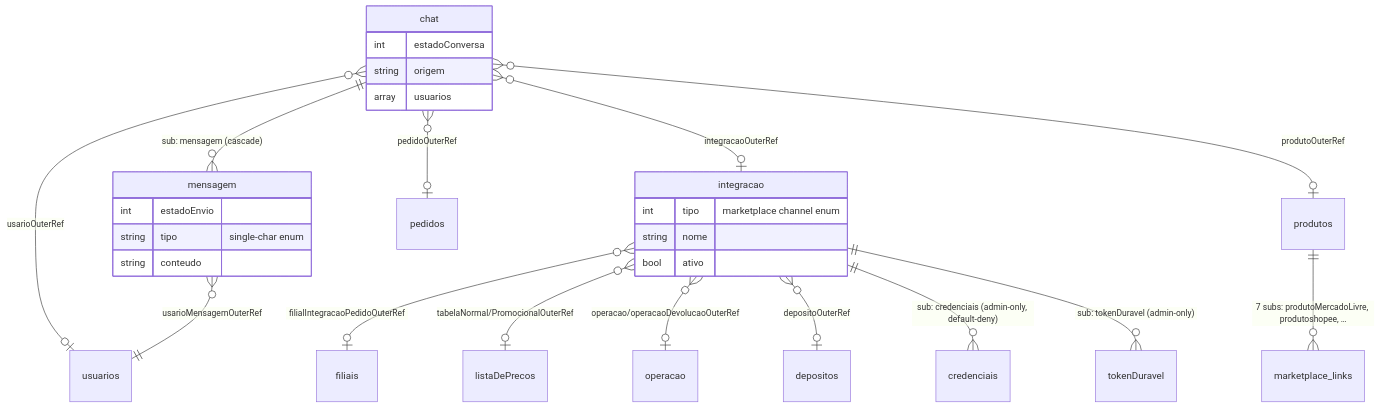
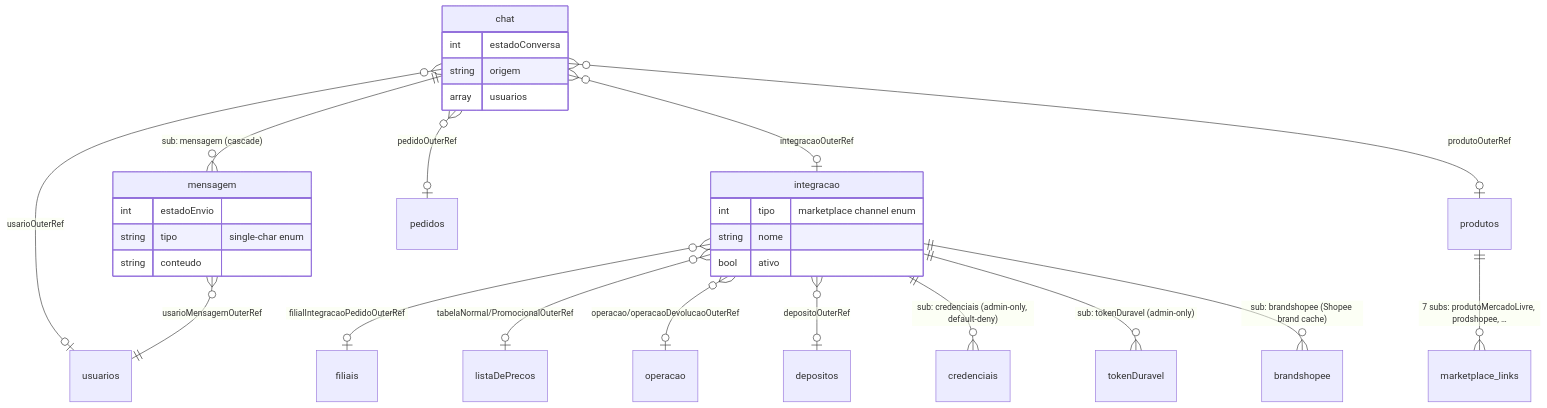
The eighth of 8 diagrams in apps/docs/src/content/docs/architecture/database-schema.md (Hinten/next_erp), drawn with Mermaid before and after one commit. The commit also changed other lines of this file and 28 other files, not shown here.

First line of the commit message:
feat(canais): per-channel account config + typed listing-binding schemas (#289)

````diff
--- a/apps/docs/src/content/docs/architecture/database-schema.md
+++ b/apps/docs/src/content/docs/architecture/database-schema.md
@@ -414,34 +416,35 @@
 ```mermaid
 erDiagram
   chat ||--o{ mensagem : "sub: mensagem (cascade)"
   chat }o--o| usuarios : "usarioOuterRef"
   chat }o--o| integracao : "integracaoOuterRef"
   chat }o--o| pedidos : "pedidoOuterRef"
   chat }o--o| produtos : "produtoOuterRef"
   mensagem }o--|| usuarios : "usarioMensagemOuterRef"
 
   integracao }o--o| filiais : "filialIntegracaoPedidoOuterRef"
   integracao }o--o| listaDePrecos : "tabelaNormal/PromocionalOuterRef"
   integracao }o--o| operacao : "operacao/operacaoDevolucaoOuterRef"
   integracao }o--o| depositos : "depositoOuterRef"
   integracao ||--o{ credenciais : "sub: credenciais (admin-only, default-deny)"
   integracao ||--o{ tokenDuravel : "sub: tokenDuravel (admin-only)"
+  integracao ||--o{ brandshopee : "sub: brandshopee (Shopee brand cache)"
 
-  produtos ||--o{ marketplace_links : "7 subs: produtoMercadoLivre, produtoshopee, …"
+  produtos ||--o{ marketplace_links : "7 subs: produtoMercadoLivre, prodshopee, …"
 
   chat {
     int estadoConversa
     string origem
     array usuarios
   }
   mensagem {
     int estadoEnvio
     string tipo "single-char enum"
     string conteudo
   }
   integracao {
     int tipo "marketplace channel enum"
     string nome
     bool ativo
   }
 ```
````
